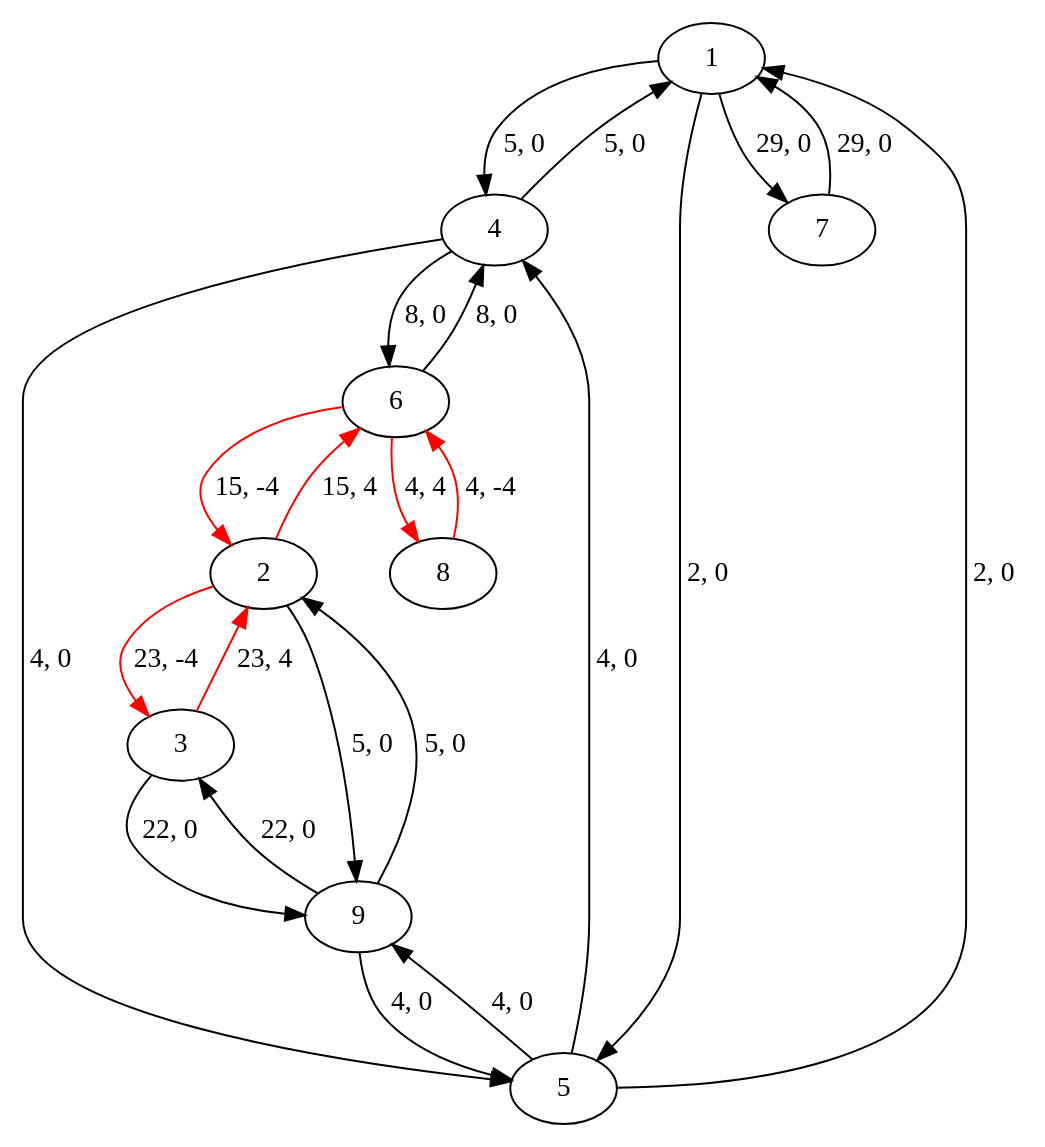
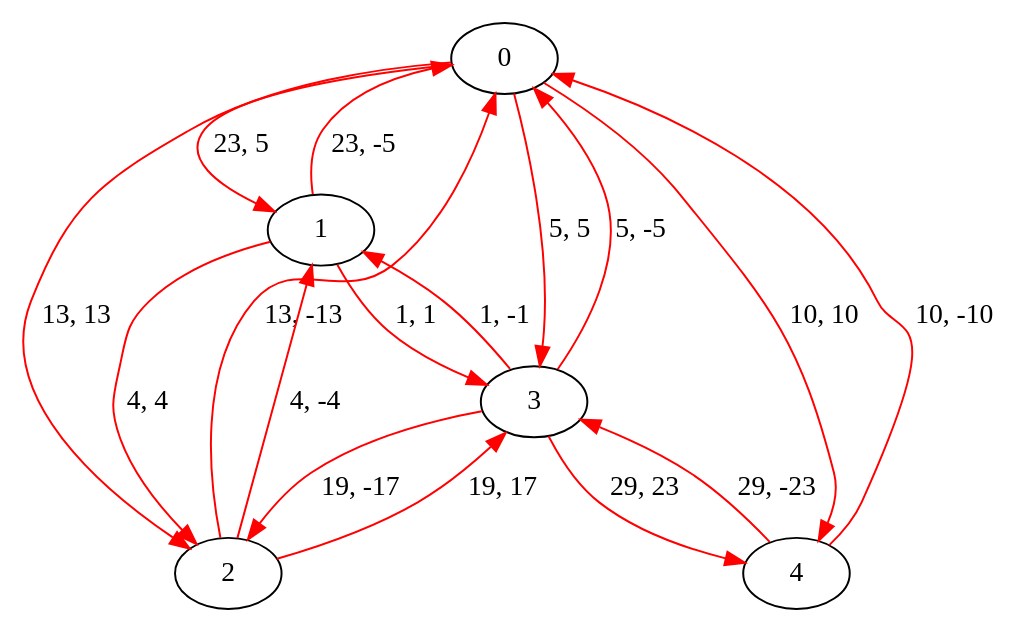
The diagram in karp.dot (Pawlo83/OK), drawn with Graphviz before and after one commit. The commit also changed 29 other files, not shown here.

```diff
--- a/karp.dot
+++ b/karp.dot
@@ -1,24 +1,18 @@
 digraph G {
-  1 -> 4 [label="5, 0", ]
-  1 -> 5 [label="2, 0", ]
-  1 -> 7 [label="29, 0", ]
-  2 -> 3 [label="23, -4", color="red"]
-  2 -> 6 [label="15, 4", color="red"]
-  2 -> 9 [label="5, 0", ]
-  3 -> 2 [label="23, 4", color="red"]
-  3 -> 9 [label="22, 0", ]
-  4 -> 1 [label="5, 0", ]
-  4 -> 5 [label="4, 0", ]
-  4 -> 6 [label="8, 0", ]
-  5 -> 1 [label="2, 0", ]
-  5 -> 4 [label="4, 0", ]
-  5 -> 9 [label="4, 0", ]
-  6 -> 2 [label="15, -4", color="red"]
-  6 -> 4 [label="8, 0", ]
-  6 -> 8 [label="4, 4", color="red"]
-  7 -> 1 [label="29, 0", ]
-  8 -> 6 [label="4, -4", color="red"]
-  9 -> 2 [label="5, 0", ]
-  9 -> 3 [label="22, 0", ]
-  9 -> 5 [label="4, 0", ]
+  0 -> 1 [label="23, 5", color="red"]
+  0 -> 2 [label="13, 13", color="red"]
+  0 -> 3 [label="5, 5", color="red"]
+  0 -> 4 [label="10, 10", color="red"]
+  1 -> 0 [label="23, -5", color="red"]
+  1 -> 2 [label="4, 4", color="red"]
+  1 -> 3 [label="1, 1", color="red"]
+  2 -> 0 [label="13, -13", color="red"]
+  2 -> 1 [label="4, -4", color="red"]
+  2 -> 3 [label="19, 17", color="red"]
+  3 -> 0 [label="5, -5", color="red"]
+  3 -> 1 [label="1, -1", color="red"]
+  3 -> 2 [label="19, -17", color="red"]
+  3 -> 4 [label="29, 23", color="red"]
+  4 -> 0 [label="10, -10", color="red"]
+  4 -> 3 [label="29, -23", color="red"]
 }
```
